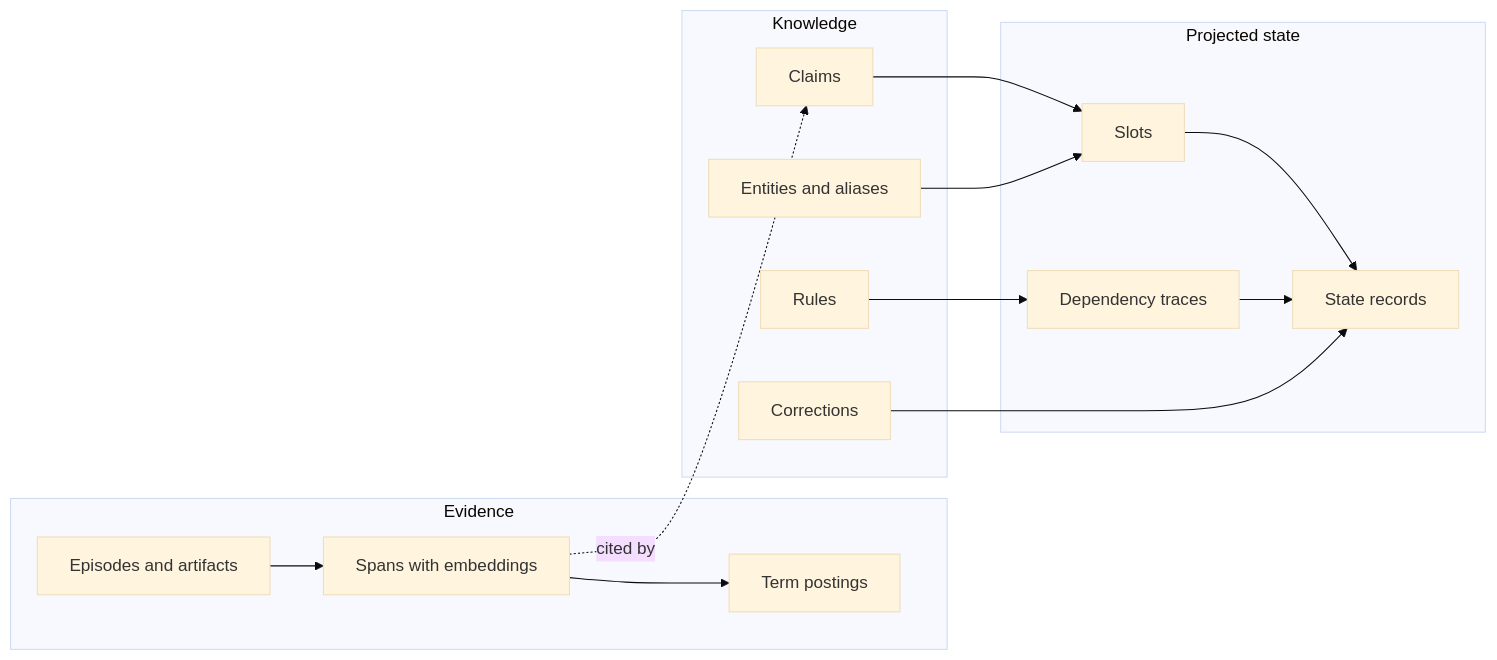
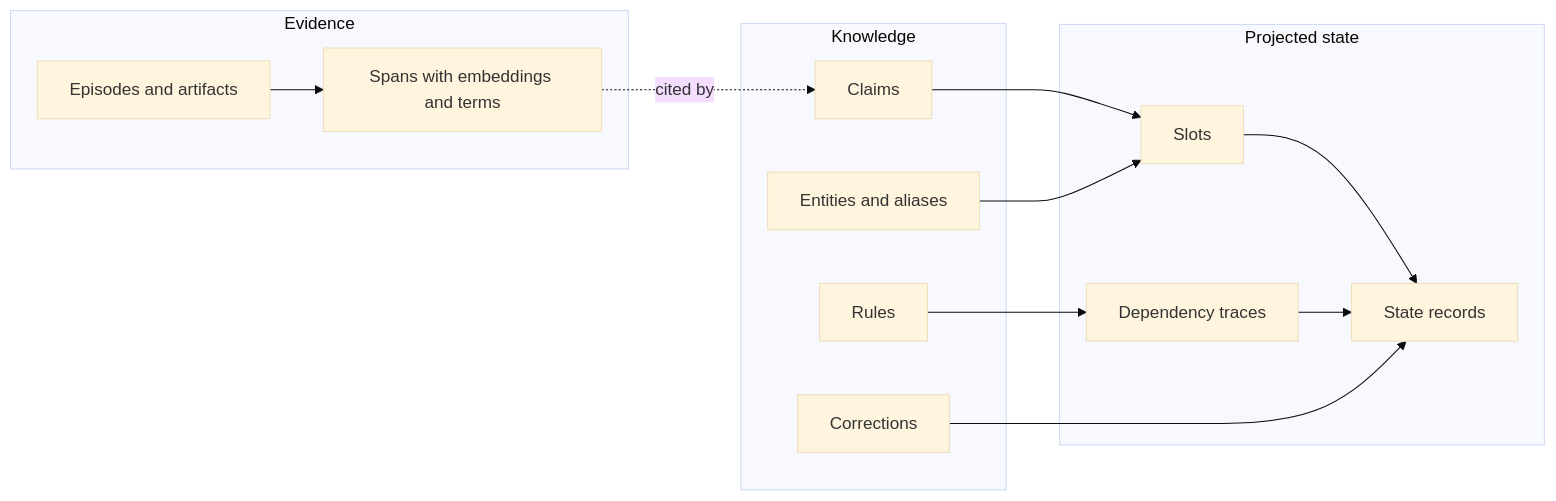
The eighth of 13 diagrams in docs/architecture.md (jadenpxrk/finch), drawn with Mermaid (base theme) before and after one commit. The commit also changed other lines of this file and 7 other files, not shown here.

First line of the commit message:
Keep keyword terms on the span row instead of a postings table

````diff
--- a/docs/architecture.md
+++ b/docs/architecture.md
@@ -166,25 +166,24 @@
 ```mermaid
 flowchart LR
   subgraph evidence [Evidence]
     EP[Episodes and artifacts]
-    SP[Spans with embeddings]
-    TM[Term postings]
+    SP[Spans with embeddings and terms]
   end
   subgraph knowledge [Knowledge]
     CL[Claims]
     CO[Corrections]
     RU[Rules]
     EN[Entities and aliases]
   end
   subgraph derived [Projected state]
     SL[Slots]
     SR[State records]
     DT[Dependency traces]
   end
-  EP --> SP --> TM
+  EP --> SP
   SP -.cited by.-> CL
   CL --> SL --> SR
   RU --> DT --> SR
   CO --> SR
   EN --> SL
 ```
````
